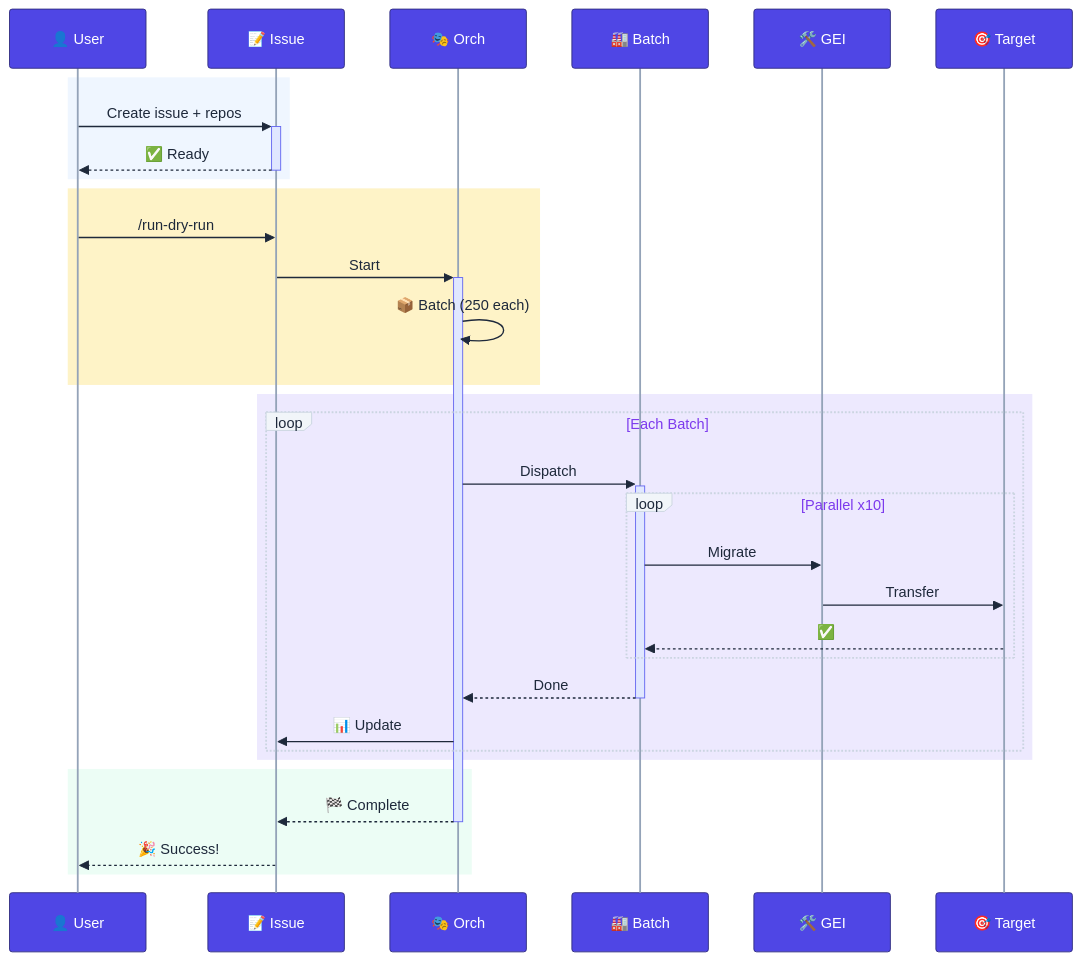
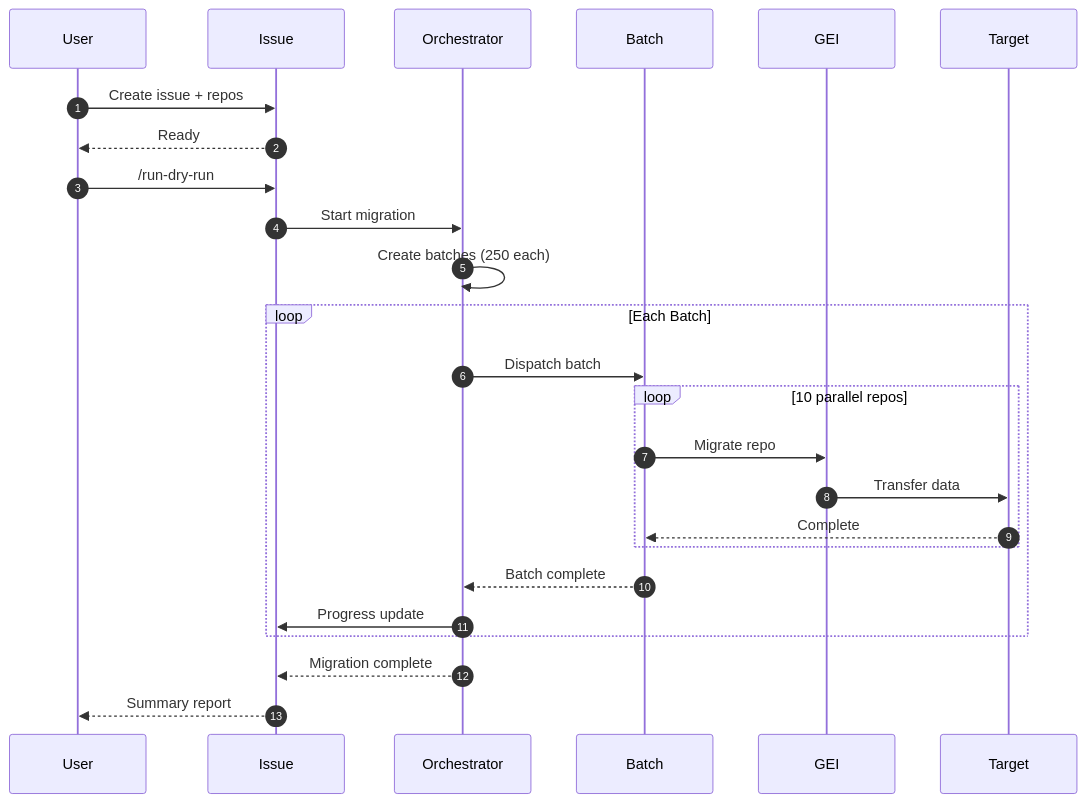
One commit to cvega/migraction changed the second of 2 diagrams in README.md. Above: the diagram before and after it, drawn with Mermaid. The commit also changed other lines of this file and 8 other files, not shown here.

````diff
--- a/README.md
+++ b/README.md
@@ -378,41 +504,33 @@
 ```mermaid
-%%{init: {'theme':'base', 'themeVariables': { 'primaryColor':'#1f2937', 'primaryBorderColor':'#4f46e5', 'primaryTextColor':'#fff', 'lineColor':'#6366f1', 'secondaryColor':'#7c3aed', 'background':'#ffffff', 'actorBkg':'#4f46e5', 'actorBorder':'#312e81', 'actorTextColor':'#ffffff', 'actorLineColor':'#94a3b8', 'signalColor':'#1e293b', 'signalTextColor':'#1e293b', 'labelBoxBkgColor':'#f1f5f9', 'labelBoxBorderColor':'#cbd5e1', 'labelTextColor':'#1e293b', 'loopTextColor':'#7c3aed', 'noteBkgColor':'#fef3c7', 'noteBorderColor':'#f59e0b', 'noteTextColor':'#92400e', 'activationBorderColor':'#6366f1', 'activationBkgColor':'#e0e7ff', 'sequenceNumberColor':'#ffffff'}}}%%
 sequenceDiagram
-    participant U as 👤 User
-    participant I as 📝 Issue
-    participant O as 🎭 Orch
-    participant B as 🏭 Batch
-    participant G as 🛠️ GEI
-    participant T as 🎯 Target
+    autonumber
+    participant User
+    participant Issue
+    participant Orchestrator
+    participant Batch
+    participant GEI
+    participant Target
     
-    rect rgb(239, 246, 255)
-        U->>+I: Create issue + repos
-        I-->>-U: ✅ Ready
+    User->>Issue: Create issue + repos
+    Issue-->>User: Ready
+    
+    User->>Issue: /run-dry-run
+    Issue->>Orchestrator: Start migration
+    Orchestrator->>Orchestrator: Create batches (250 each)
+    
+    loop Each Batch
+        Orchestrator->>Batch: Dispatch batch
+        
+        loop 10 parallel repos
+            Batch->>GEI: Migrate repo
+            GEI->>Target: Transfer data
+            Target-->>Batch: Complete
+        end
+        
+        Batch-->>Orchestrator: Batch complete
+        Orchestrator->>Issue: Progress update
     end
     
-    rect rgb(254, 243, 199)
-        U->>I: /run-dry-run
-        I->>+O: Start
-        O->>O: 📦 Batch (250 each)
-    end
-    
-    rect rgb(237, 233, 254)
-        loop Each Batch
-            O->>+B: Dispatch
-            
-            loop Parallel x10
-                B->>G: Migrate
-                G->>T: Transfer
-                T-->>B: ✅
-            end
-            
-            B-->>-O: Done
-            O->>I: 📊 Update
-        end
-    end
-    
-    rect rgb(236, 253, 245)
-        O-->>-I: 🏁 Complete
-        I-->>U: 🎉 Success!
-    end
+    Orchestrator-->>Issue: Migration complete
+    Issue-->>User: Summary report
 ```
````
